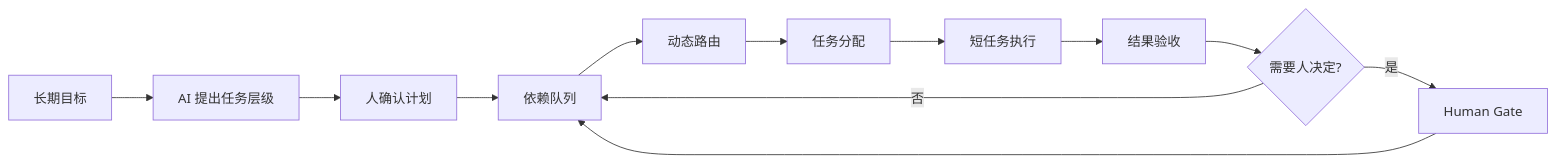
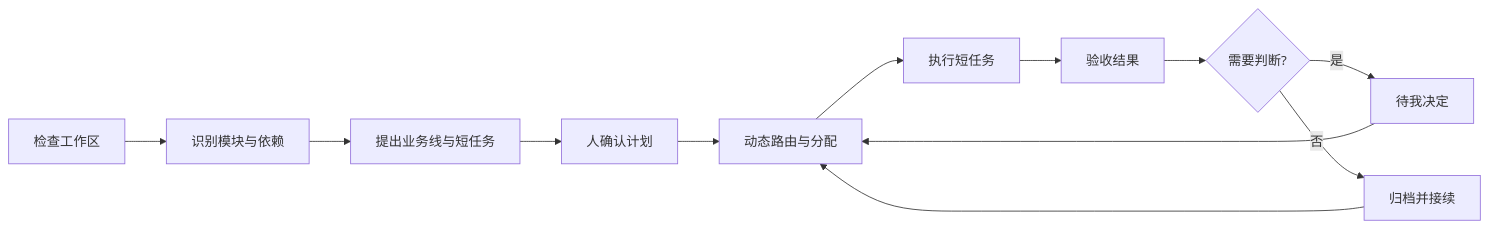
Before and after one commit to Dengk3Li/personal-ai-os-core: the diagram in README.zh-CN.md, drawn with Mermaid. The commit also changed other lines of this file and 18 other files, not shown here.

````diff
--- a/README.zh-CN.md
+++ b/README.zh-CN.md
@@ -15,14 +25,14 @@
 ```mermaid
 flowchart LR
-    G[长期目标] --> P[AI 提出任务层级]
+    I[检查工作区] --> M[识别模块与依赖]
+    M --> P[提出业务线与短任务]
     P --> H[人确认计划]
-    H --> Q[依赖队列]
-    Q --> R[动态路由]
-    R --> A[任务分配]
-    A --> E[短任务执行]
-    E --> V[结果验收]
-    V --> D{需要人决定?}
-    D -->|是| J[Human Gate]
-    J --> Q
-    D -->|否| Q
+    H --> R[动态路由与分配]
+    R --> E[执行短任务]
+    E --> V[验收结果]
+    V --> D{需要判断?}
+    D -->|是| G[待我决定]
+    G --> R
+    D -->|否| A[归档并接续]
+    A --> R
 ```
````
